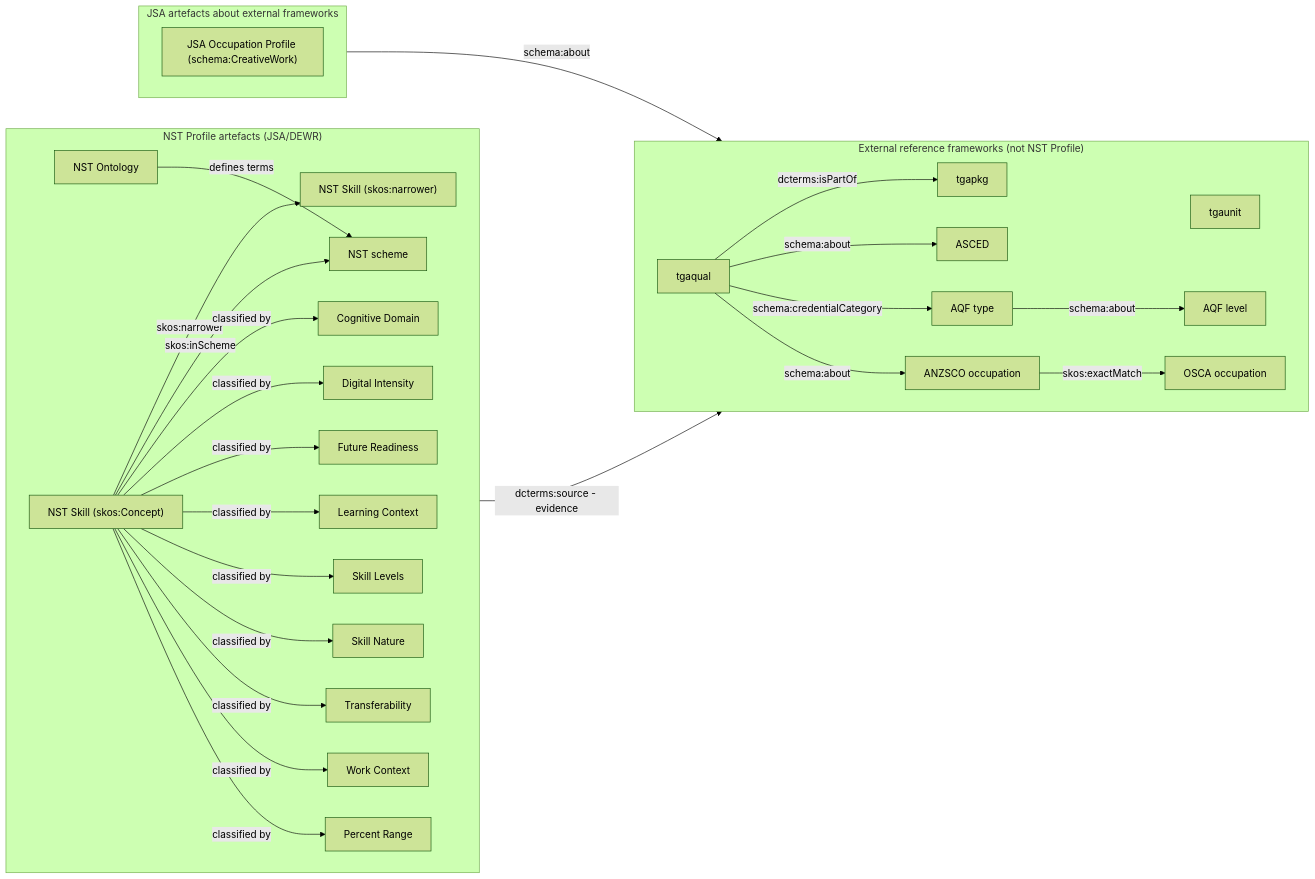
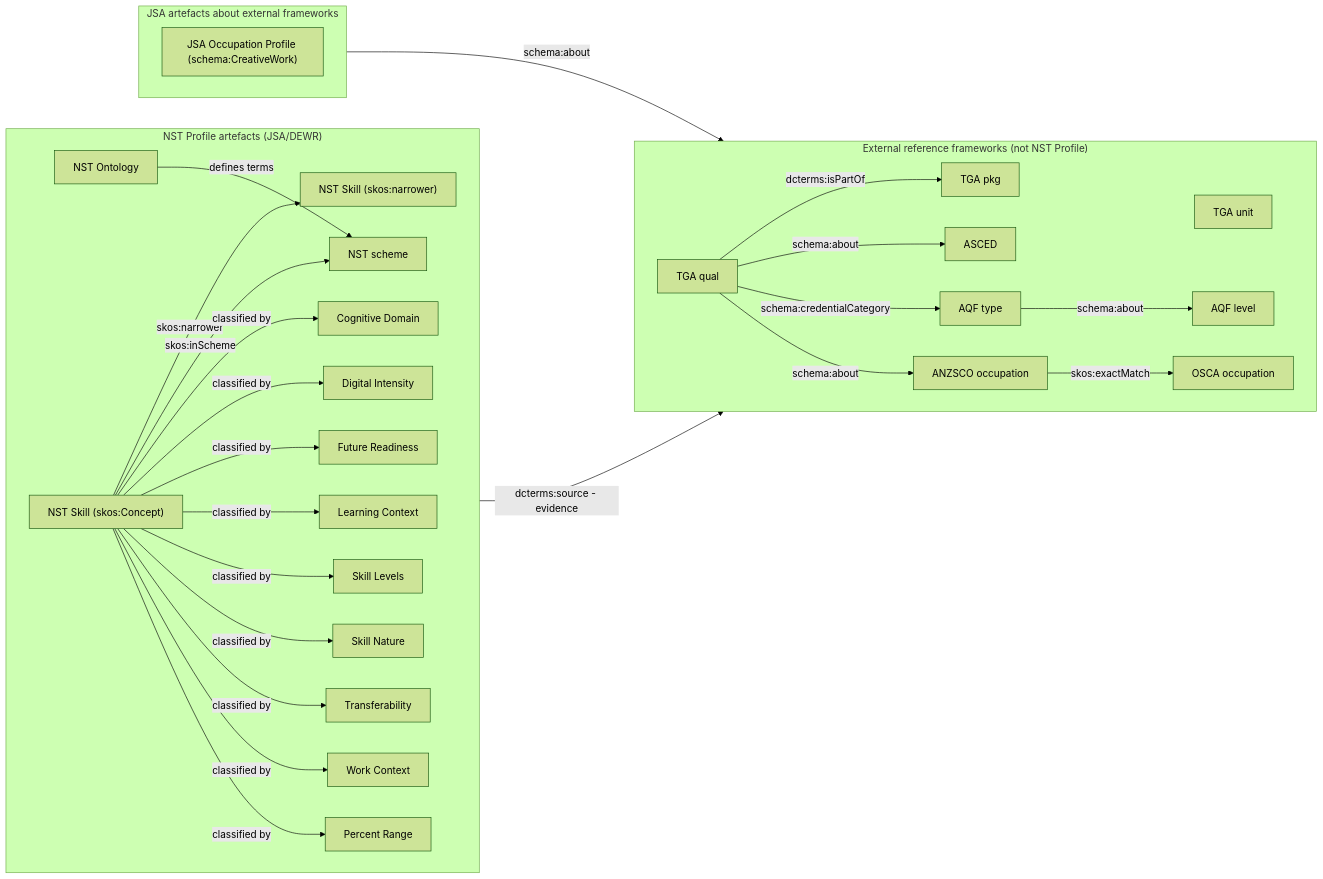
The diagram in reports/profile-diagram.md (leskneebone/skills-SPARQL), drawn with Mermaid (forest theme) before and after one commit.

```diff
--- a/reports/profile-diagram.md
+++ b/reports/profile-diagram.md
@@ -46,9 +46,9 @@
   subgraph EXT["External reference frameworks (not NST Profile)"]
     direction LR
 
-    Unit["tgaunit"]
-    Qual["tgaqual"]
-    Pack["tgapkg"]
+    Unit["TGA unit"]
+    Qual["TGA qual"]
+    Pack["TGA pkg"]
 
     ASCED["ASCED"]
     AQFType["AQF type"]
```
